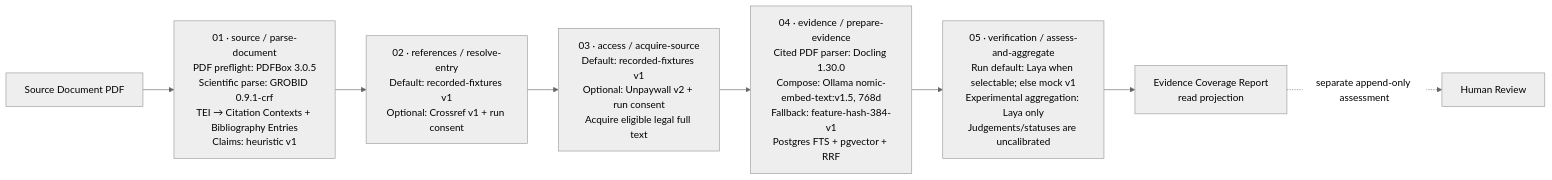
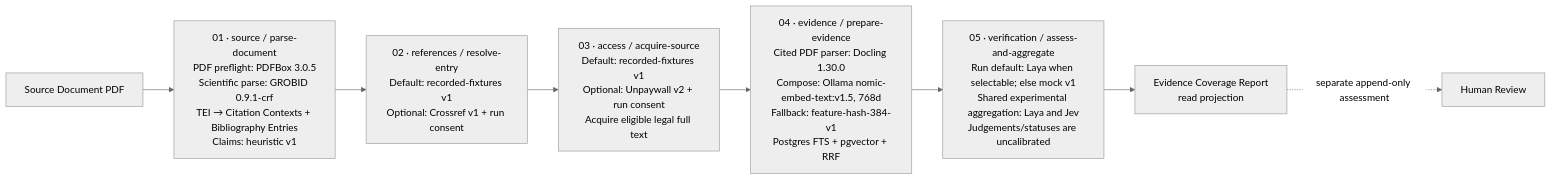
One commit to arrokh/paper-t-rail changed the first of 2 diagrams in docs/pipeline-feature-matrix.md. Above: the diagram before and after it, drawn with Mermaid (neutral theme). The commit also changed other lines of this file and 75 other files, not shown here.

````diff
--- a/docs/pipeline-feature-matrix.md
+++ b/docs/pipeline-feature-matrix.md
@@ -17,10 +17,10 @@
 ```mermaid
 flowchart LR
     PDF["Source Document PDF"] --> S1
     S1["01 · source / parse-document<br/>PDF preflight: PDFBox 3.0.5<br/>Scientific parse: GROBID 0.9.1-crf<br/>TEI → Citation Contexts + Bibliography Entries<br/>Claims: heuristic v1"] --> S2
     S2["02 · references / resolve-entry<br/>Default: recorded-fixtures v1<br/>Optional: Crossref v1 + run consent"] --> S3
     S3["03 · access / acquire-source<br/>Default: recorded-fixtures v1<br/>Optional: Unpaywall v2 + run consent<br/>Acquire eligible legal full text"] --> S4
     S4["04 · evidence / prepare-evidence<br/>Cited PDF parser: Docling 1.30.0<br/>Compose: Ollama nomic-embed-text:v1.5, 768d<br/>Fallback: feature-hash-384-v1<br/>Postgres FTS + pgvector + RRF"] --> S5
-    S5["05 · verification / assess-and-aggregate<br/>Run default: Laya when selectable; else mock v1<br/>Experimental aggregation: Laya only<br/>Judgements/statuses are uncalibrated"] --> REPORT["Evidence Coverage Report<br/>read projection"]
+    S5["05 · verification / assess-and-aggregate<br/>Run default: Laya when selectable; else mock v1<br/>Shared experimental aggregation: Laya and Jev<br/>Judgements/statuses are uncalibrated"] --> REPORT["Evidence Coverage Report<br/>read projection"]
     REPORT -. separate append-only assessment .-> REVIEW["Human Review"]
 ```
````
